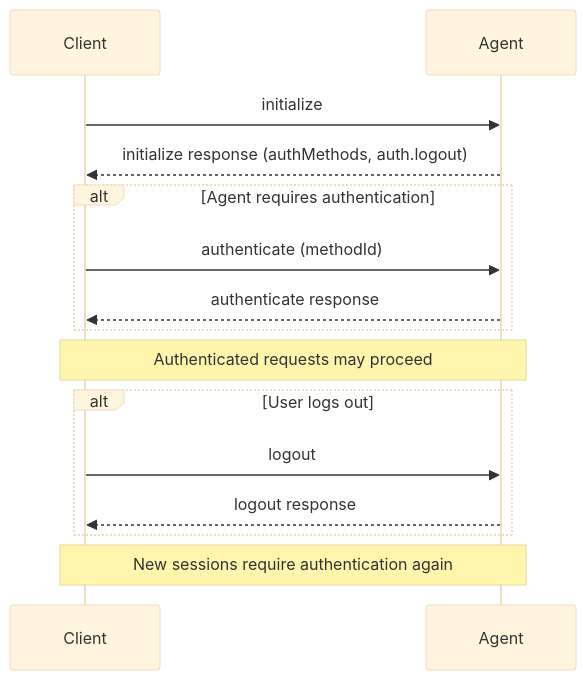
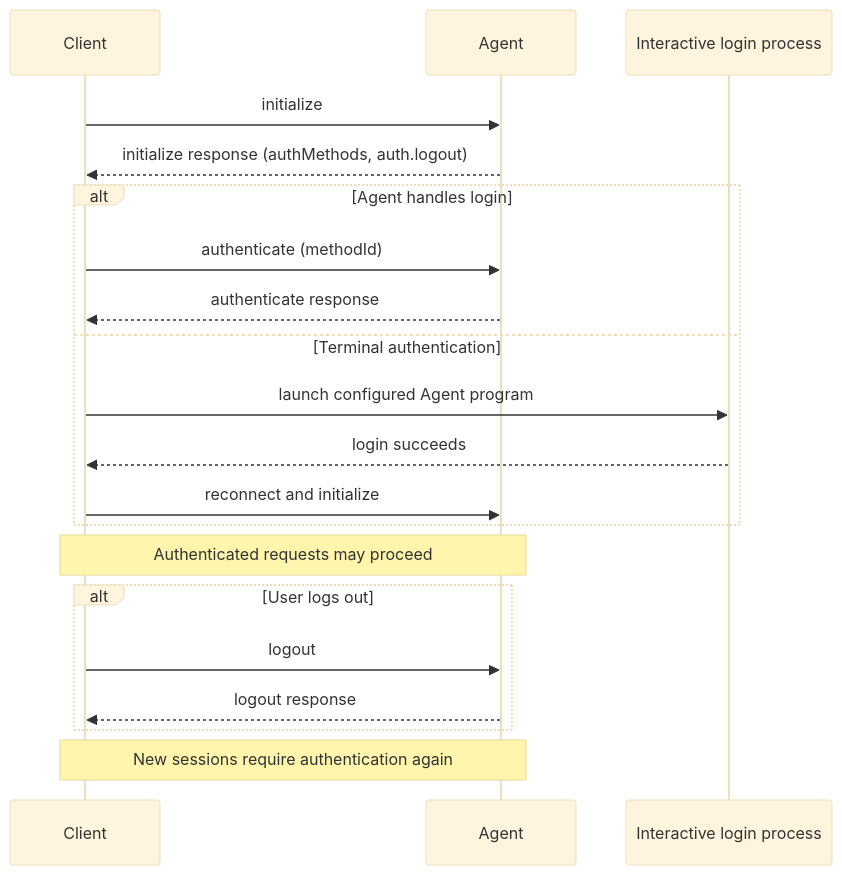
One commit to dayanruben/agent-client-protocol changed the diagram in docs/protocol/v1/draft/authentication.mdx. Above: the diagram before and after it, drawn with Mermaid (base theme). The commit also changed other lines of this file and 31 other files, not shown here.

````diff
--- a/docs/protocol/v1/draft/authentication.mdx
+++ b/docs/protocol/v1/draft/authentication.mdx
@@ -10,22 +14,27 @@
 ```mermaid
 sequenceDiagram
     participant Client
     participant Agent
+    participant Login as Interactive login process
 
     Client->>Agent: initialize
     Agent-->>Client: initialize response (authMethods, auth.logout)
 
-    alt Agent requires authentication
+    alt Agent handles login
         Client->>Agent: authenticate (methodId)
         Agent-->>Client: authenticate response
+    else Terminal authentication
+        Client->>Login: launch configured Agent program
+        Login-->>Client: login succeeds
+        Client->>Agent: reconnect and initialize
     end
 
     Note over Client,Agent: Authenticated requests may proceed
 
     alt User logs out
         Client->>Agent: logout
         Agent-->>Client: logout response
     end
 
     Note over Client,Agent: New sessions require authentication again
 ```
````
